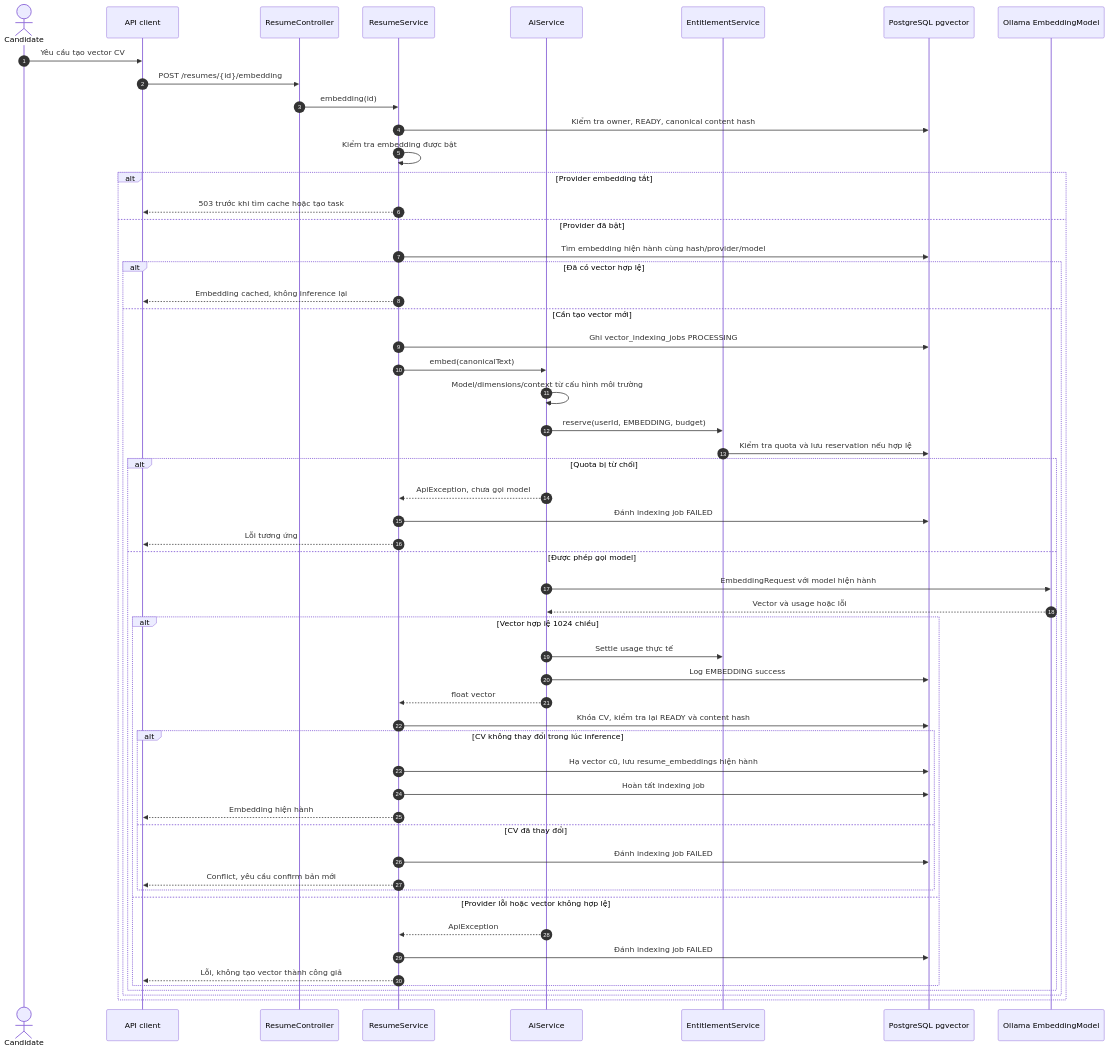
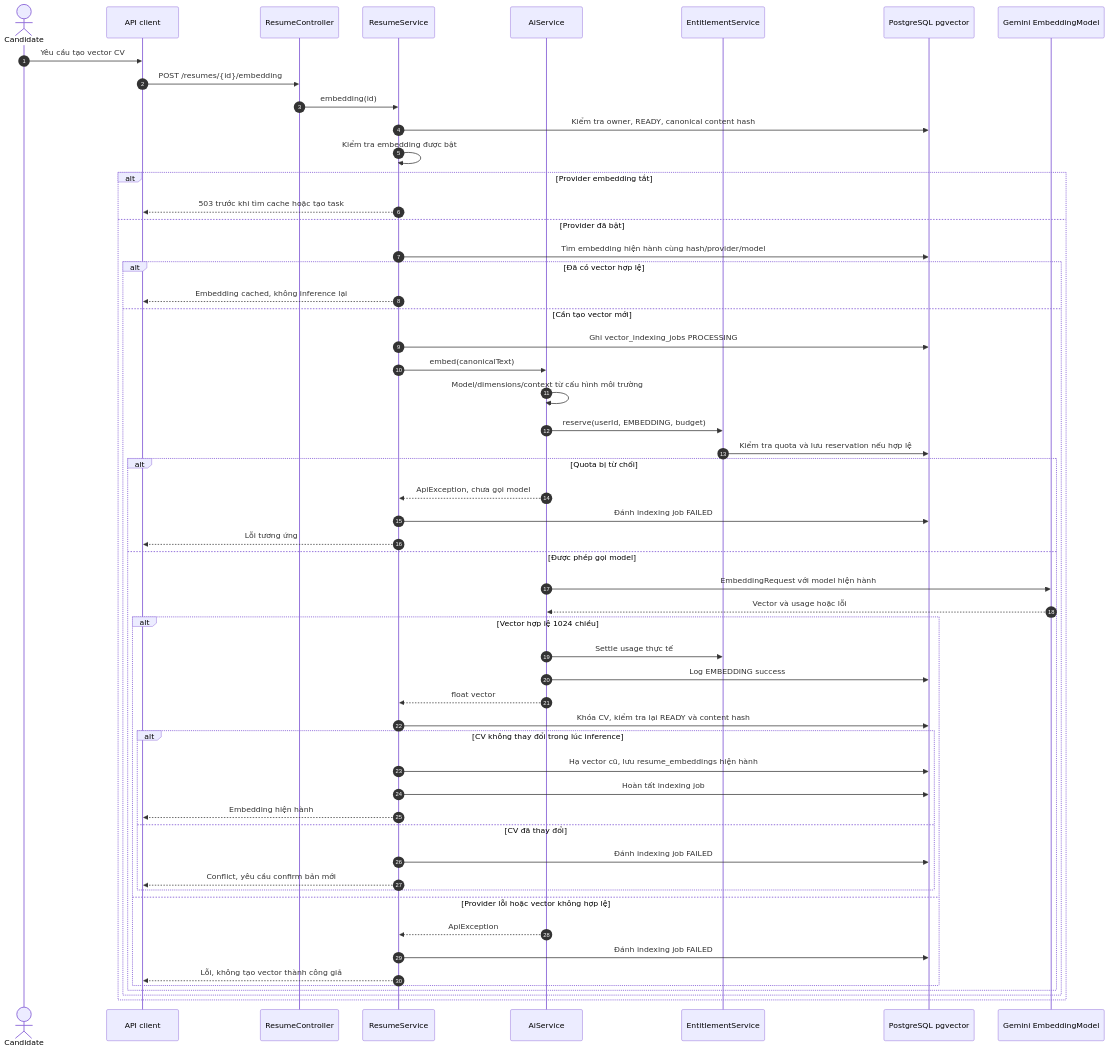
Before and after one commit to Quangtr04/Intelligent-CV-Matching-AI-Agent-BE: the diagram in docs/diagrams/sequence/sd-14-sequence.mmd, drawn with Mermaid. The commit also changed 128 other files, not shown here.

```diff
--- a/docs/diagrams/sequence/sd-14-sequence.mmd
+++ b/docs/diagrams/sequence/sd-14-sequence.mmd
@@ -1,56 +1,56 @@
 sequenceDiagram
     autonumber
     actor C as Candidate
     participant Client as API client
     participant API as ResumeController
     participant Resume as ResumeService
     participant AI as AiService
     participant Quota as EntitlementService
     participant DB as PostgreSQL pgvector
-    participant Model as Ollama EmbeddingModel
+    participant Model as Gemini EmbeddingModel
 
     C->>Client: Yêu cầu tạo vector CV
     Client->>API: POST /resumes/{id}/embedding
     API->>Resume: embedding(id)
     Resume->>DB: Kiểm tra owner, READY, canonical content hash
     Resume->>Resume: Kiểm tra embedding được bật
     alt Provider embedding tắt
         Resume-->>Client: 503 trước khi tìm cache hoặc tạo task
     else Provider đã bật
         Resume->>DB: Tìm embedding hiện hành cùng hash/provider/model
         alt Đã có vector hợp lệ
             Resume-->>Client: Embedding cached, không inference lại
         else Cần tạo vector mới
             Resume->>DB: Ghi vector_indexing_jobs PROCESSING
             Resume->>AI: embed(canonicalText)
             AI->>AI: Model/dimensions/context từ cấu hình môi trường
             AI->>Quota: reserve(userId, EMBEDDING, budget)
             Quota->>DB: Kiểm tra quota và lưu reservation nếu hợp lệ
             alt Quota bị từ chối
                 AI-->>Resume: ApiException, chưa gọi model
                 Resume->>DB: Đánh indexing job FAILED
                 Resume-->>Client: Lỗi tương ứng
             else Được phép gọi model
                 AI->>Model: EmbeddingRequest với model hiện hành
                 Model-->>AI: Vector và usage hoặc lỗi
                 alt Vector hợp lệ 1024 chiều
                     AI->>Quota: Settle usage thực tế
                     AI->>DB: Log EMBEDDING success
                     AI-->>Resume: float vector
                     Resume->>DB: Khóa CV, kiểm tra lại READY và content hash
                     alt CV không thay đổi trong lúc inference
                         Resume->>DB: Hạ vector cũ, lưu resume_embeddings hiện hành
                         Resume->>DB: Hoàn tất indexing job
                         Resume-->>Client: Embedding hiện hành
                     else CV đã thay đổi
                         Resume->>DB: Đánh indexing job FAILED
                         Resume-->>Client: Conflict, yêu cầu confirm bản mới
                     end
                 else Provider lỗi hoặc vector không hợp lệ
                     AI-->>Resume: ApiException
                     Resume->>DB: Đánh indexing job FAILED
                     Resume-->>Client: Lỗi, không tạo vector thành công giả
                 end
             end
         end
     end
```
